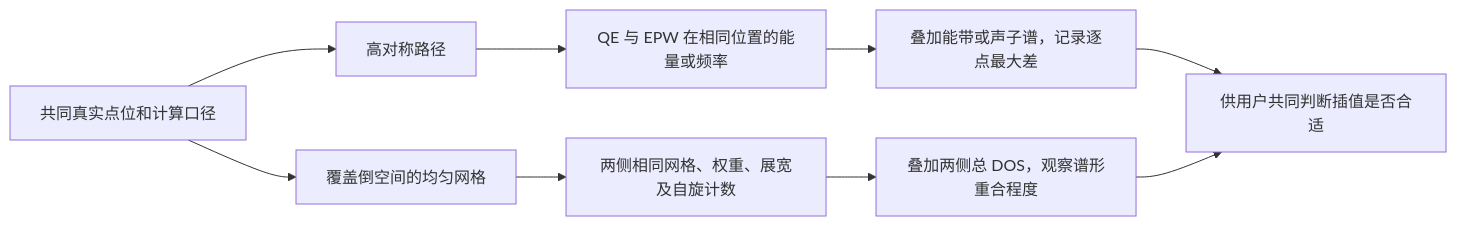
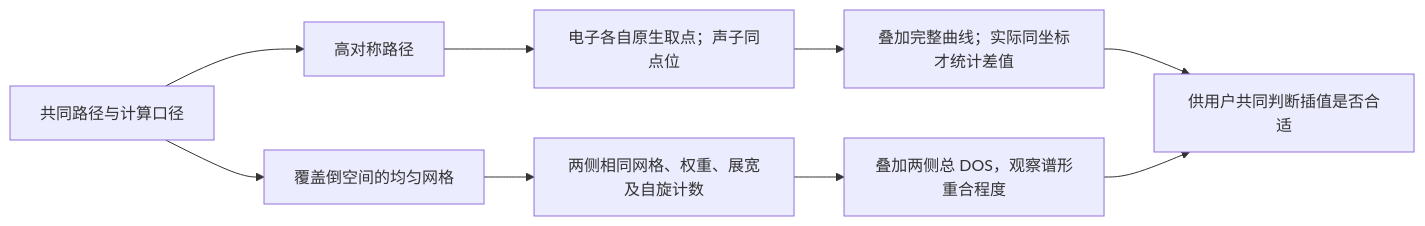
The second of 2 diagrams in docs/overview/epwflow/workflow.md (JLU-ICCMS-MaYuan/dftflow), drawn with Mermaid before and after one commit. The commit also changed other lines of this file and 25 other files, not shown here.

````diff
--- a/docs/overview/epwflow/workflow.md
+++ b/docs/overview/epwflow/workflow.md
@@ -86,11 +90,11 @@
 ```mermaid
 flowchart LR
-    A[共同真实点位和计算口径] --> P[高对称路径]
+    A[共同路径与计算口径] --> P[高对称路径]
     A --> M[覆盖倒空间的均匀网格]
-    P --> Q[QE 与 EPW 在相同位置的能量或频率]
-    Q --> C[叠加能带或声子谱，记录逐点最大差]
+    P --> Q[电子各自原生取点；声子同点位]
+    Q --> C[叠加完整曲线；实际同坐标才统计差值]
     M --> D[两侧相同网格、权重、展宽及自旋计数]
     D --> T[叠加两侧总 DOS，观察谱形重合程度]
     C --> R[供用户共同判断插值是否合适]
     T --> R
 ```
````
